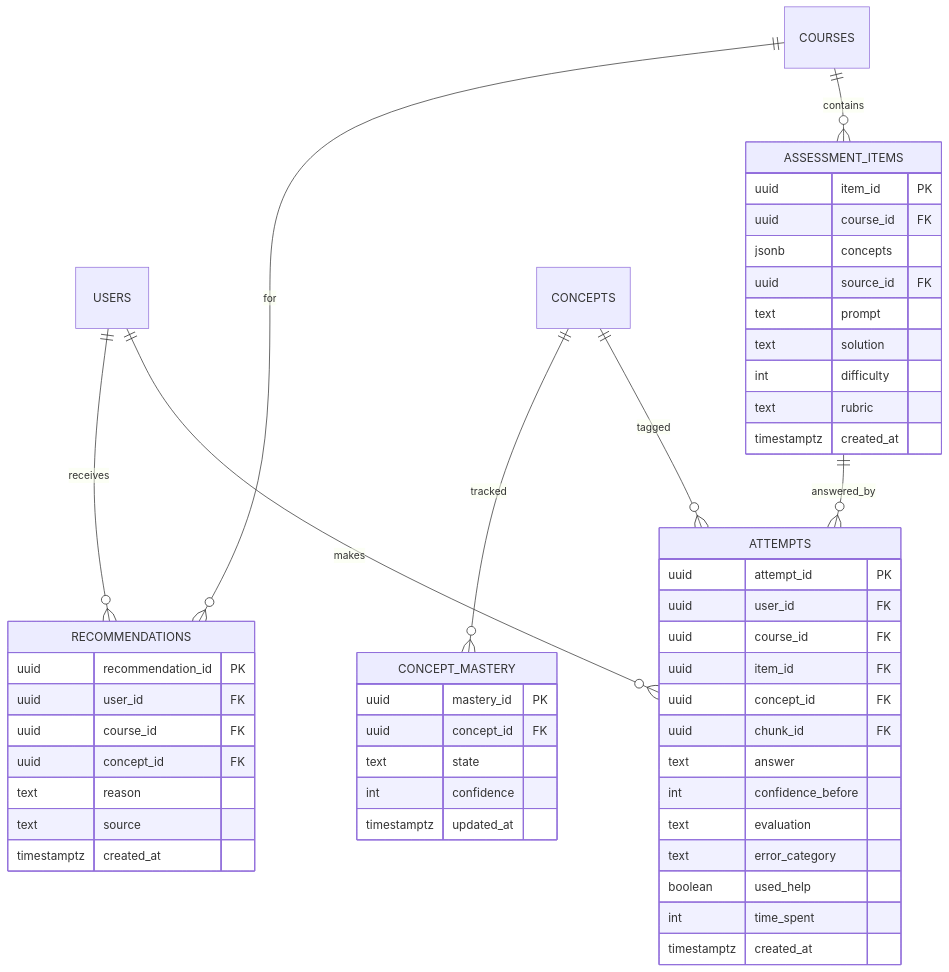
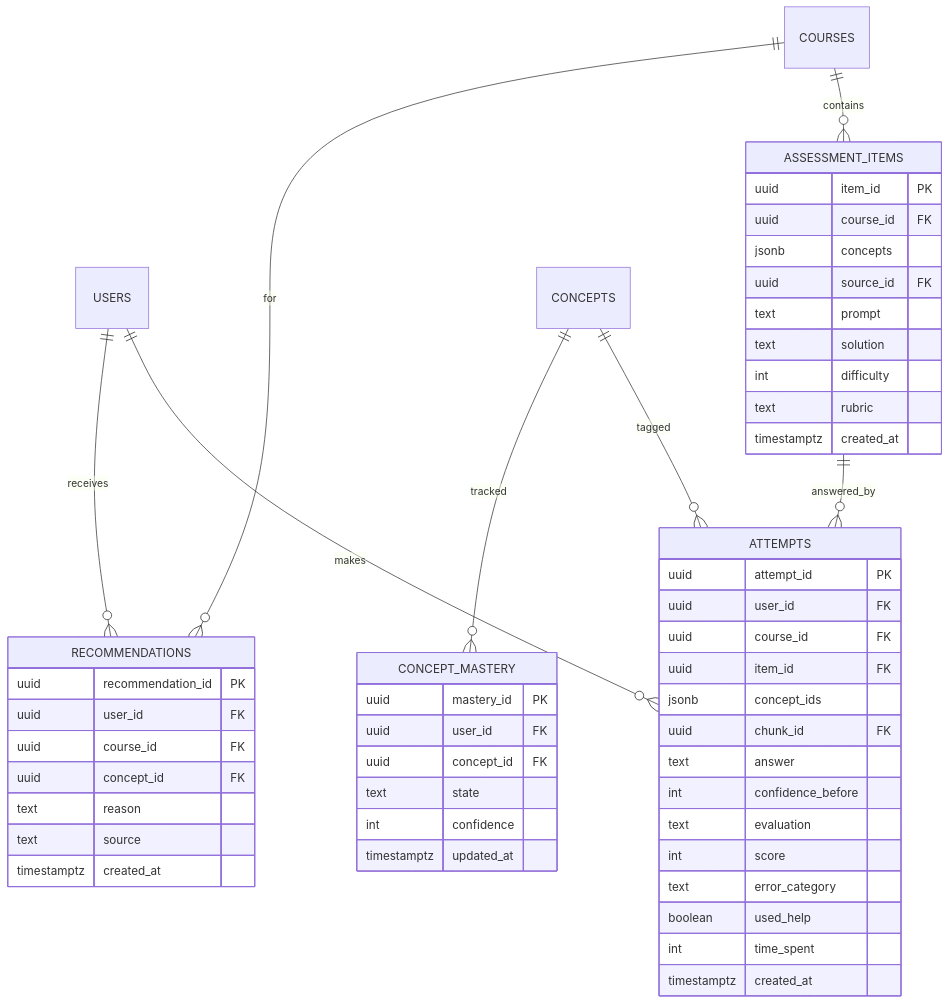
Diagram 11 of 19 in system.md (RileyK05/Stacks), drawn with Mermaid before and after one commit. The commit also changed other lines of this file and 15 other files, not shown here.

````diff
--- a/system.md
+++ b/system.md
@@ -369,53 +386,55 @@
 ```mermaid
 erDiagram
     USERS ||--o{ ATTEMPTS : makes
     COURSES ||--o{ ASSESSMENT_ITEMS : contains
     ASSESSMENT_ITEMS ||--o{ ATTEMPTS : answered_by
     CONCEPTS ||--o{ ATTEMPTS : tagged
     CONCEPTS ||--o{ CONCEPT_MASTERY : tracked
     USERS ||--o{ RECOMMENDATIONS : receives
     COURSES ||--o{ RECOMMENDATIONS : for
 
     ASSESSMENT_ITEMS {
         uuid item_id PK
         uuid course_id FK
         jsonb concepts
         uuid source_id FK
         text prompt
         text solution
         int difficulty
         text rubric
         timestamptz created_at
     }
     ATTEMPTS {
         uuid attempt_id PK
         uuid user_id FK
         uuid course_id FK
         uuid item_id FK
-        uuid concept_id FK
+        jsonb concept_ids
         uuid chunk_id FK
         text answer
         int confidence_before
         text evaluation
+        int score
         text error_category
         boolean used_help
         int time_spent
         timestamptz created_at
     }
     CONCEPT_MASTERY {
         uuid mastery_id PK
+        uuid user_id FK
         uuid concept_id FK
         text state
         int confidence
         timestamptz updated_at
     }
     RECOMMENDATIONS {
         uuid recommendation_id PK
         uuid user_id FK
         uuid course_id FK
         uuid concept_id FK
         text reason
         text source
         timestamptz created_at
     }
 ```
````
